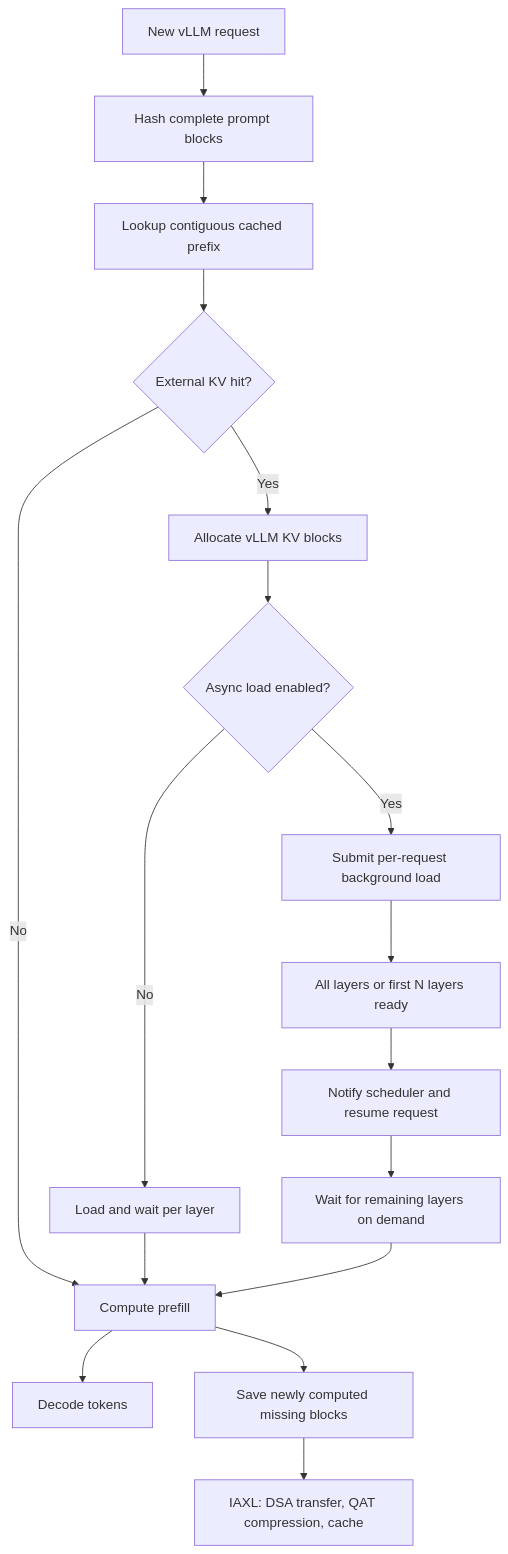
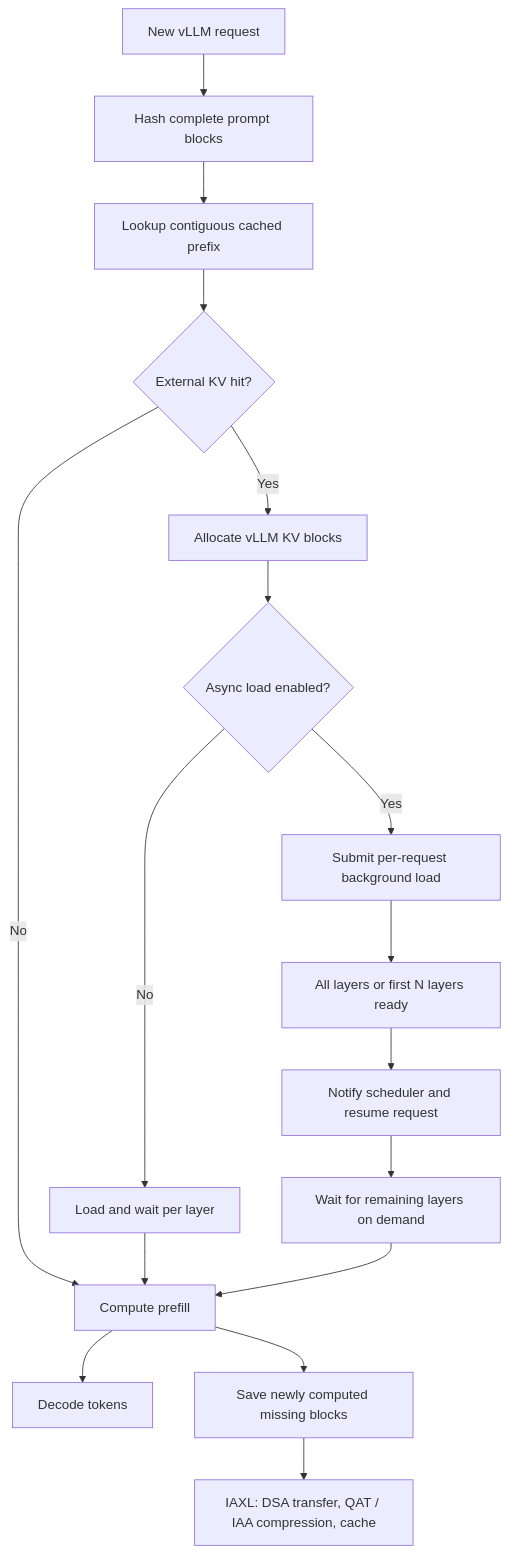
Before and after one commit to byang-intel/intel-accel-for-llm: the second of 3 diagrams in doc/design/kvshrink.md, drawn with Mermaid. The commit also changed other lines of this file and 2 other files, not shown here.

First line of the commit message:
doc: add remote pool design and cover Intel IAA

````diff
--- a/doc/design/kvshrink.md
+++ b/doc/design/kvshrink.md
@@ -45,22 +45,22 @@
 ```mermaid
 flowchart TD
     Request["New vLLM request"] --> Hash["Hash complete prompt blocks"]
     Hash --> Lookup["Lookup contiguous cached prefix"]
     Lookup --> Hit{"External KV hit?"}
 
     Hit -->|No| Prefill["Compute prefill"]
     Hit -->|Yes| Allocate["Allocate vLLM KV blocks"]
     Allocate --> Mode{"Async load enabled?"}
 
     Mode -->|No| Sync["Load and wait per layer"]
     Mode -->|Yes| Background["Submit per-request background load"]
     Background --> Gate["All layers or first N layers ready"]
     Gate --> Resume["Notify scheduler and resume request"]
     Resume --> OnDemand["Wait for remaining layers on demand"]
 
     Sync --> Prefill
     OnDemand --> Prefill
     Prefill --> Decode["Decode tokens"]
     Prefill --> Save["Save newly computed missing blocks"]
-    Save --> IAXL["IAXL: DSA transfer, QAT compression, cache"]
+    Save --> IAXL["IAXL: DSA transfer, QAT / IAA compression, cache"]
 ```
````
